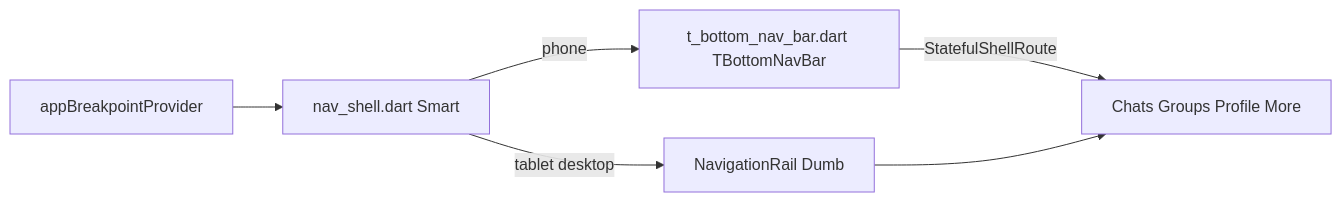
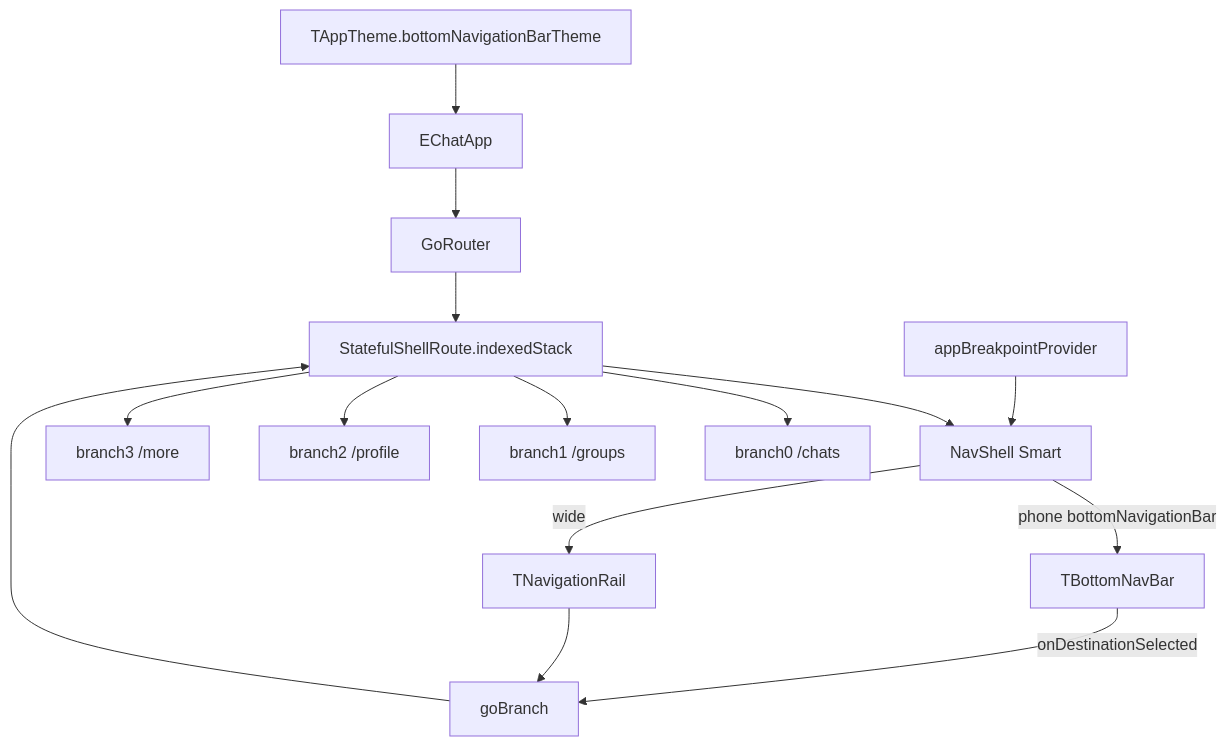
Before and after one commit to andrprg/flutter_echat: the fourth of 6 diagrams in docs/architecture_echat.md, drawn with Mermaid. The commit also changed other lines of this file, not shown here.

Commit message:
docs(architecture): описать подключение bottom bar и go_router (§4.9–4.10)

````diff
--- a/docs/architecture_echat.md
+++ b/docs/architecture_echat.md
@@ -705,8 +887,17 @@
 ```mermaid
-flowchart LR
-    BP[appBreakpointProvider] --> NS[nav_shell.dart Smart]
-    NS -->|phone| BBN[t_bottom_nav_bar.dart TBottomNavBar]
-    NS -->|tablet desktop| NR[NavigationRail Dumb]
-    BBN -->|StatefulShellRoute| Tabs[Chats Groups Profile More]
-    NR --> Tabs
+flowchart TB
+  Theme[TAppTheme.bottomNavigationBarTheme] --> App[EChatApp]
+  App --> GR[GoRouter]
+  GR --> SSR[StatefulShellRoute.indexedStack]
+  SSR --> NS[NavShell Smart]
+  SSR --> B0["branch0 /chats"]
+  SSR --> B1["branch1 /groups"]
+  SSR --> B2["branch2 /profile"]
+  SSR --> B3["branch3 /more"]
+  BP[appBreakpointProvider] --> NS
+  NS -->|phone bottomNavigationBar| Bar[TBottomNavBar]
+  NS -->|wide| Rail[TNavigationRail]
+  Bar -->|onDestinationSelected| GB[goBranch]
+  Rail --> GB
+  GB --> SSR
 ```
````
